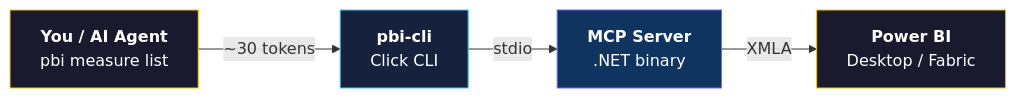
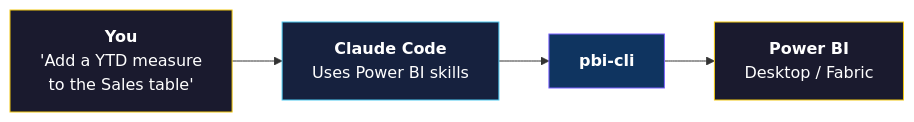
The first of 3 diagrams in README.md (adamreichenbach/pbi-cli), drawn with Mermaid before and after one commit. The commit also changed other lines of this file, not shown here.

First line of the commit message:
docs: restructure README around skills-first workflow

````diff
--- a/README.md
+++ b/README.md
@@ -46,11 +31,11 @@
 ```mermaid
 graph LR
-    A["<b>You / AI Agent</b><br/>pbi measure list"] -->|"~30 tokens"| B["<b>pbi-cli</b><br/>Click CLI"]
-    B -->|"stdio"| C["<b>MCP Server</b><br/>.NET binary"]
-    C -->|"XMLA"| D["<b>Power BI</b><br/>Desktop / Fabric"]
+    A["<b>You</b><br/>'Add a YTD measure<br/>to the Sales table'"] --> B["<b>Claude Code</b><br/>Uses Power BI skills"]
+    B --> C["<b>pbi-cli</b>"]
+    C --> D["<b>Power BI</b><br/>Desktop / Fabric"]
 
     style A fill:#1a1a2e,stroke:#f2c811,color:#fff
     style B fill:#16213e,stroke:#4cc9f0,color:#fff
     style C fill:#0f3460,stroke:#7b61ff,color:#fff
     style D fill:#1a1a2e,stroke:#f2c811,color:#fff
 ```
````
